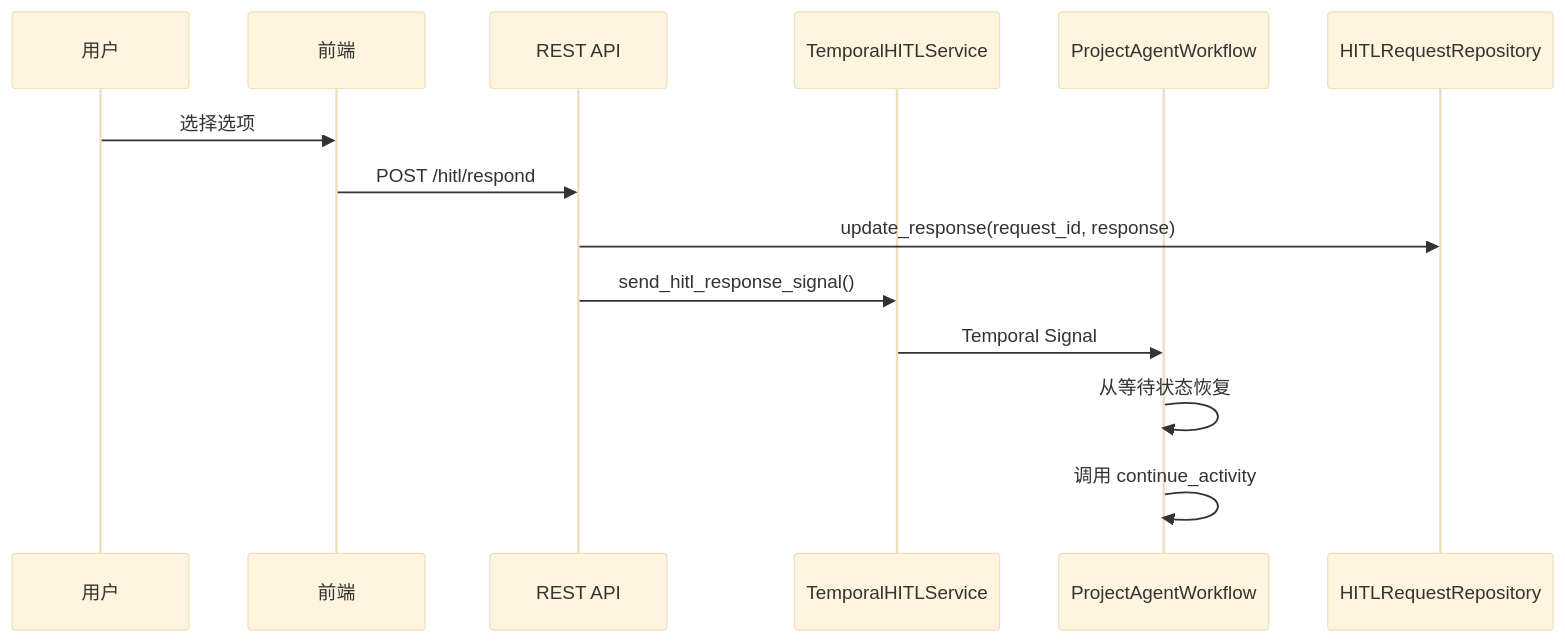
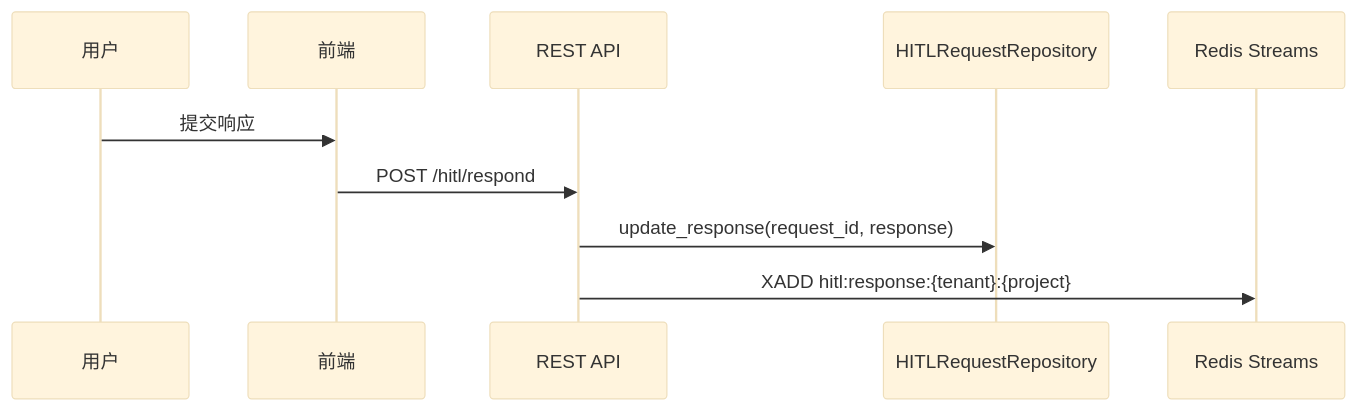
One commit to s1366560/agi-demos changed the second of 3 diagrams in docs/hitl/architecture.md. Above: the diagram before and after it, drawn with Mermaid (base theme). The commit also changed other lines of this file and 66 other files, not shown here.

````diff
--- a/docs/hitl/architecture.md
+++ b/docs/hitl/architecture.md
@@ -138,17 +64,13 @@
 ```mermaid
 sequenceDiagram
     participant User as 用户
     participant Frontend as 前端
     participant API as REST API
-    participant Service as TemporalHITLService
-    participant Workflow as ProjectAgentWorkflow
     participant DB as HITLRequestRepository
+    participant Redis as Redis Streams
 
-    User->>Frontend: 选择选项
+    User->>Frontend: 提交响应
     Frontend->>API: POST /hitl/respond
     API->>DB: update_response(request_id, response)
-    API->>Service: send_hitl_response_signal()
-    Service->>Workflow: Temporal Signal
-    Workflow->>Workflow: 从等待状态恢复
-    Workflow->>Workflow: 调用 continue_activity
+    API->>Redis: XADD hitl:response:{tenant}:{project}
 ```
````
